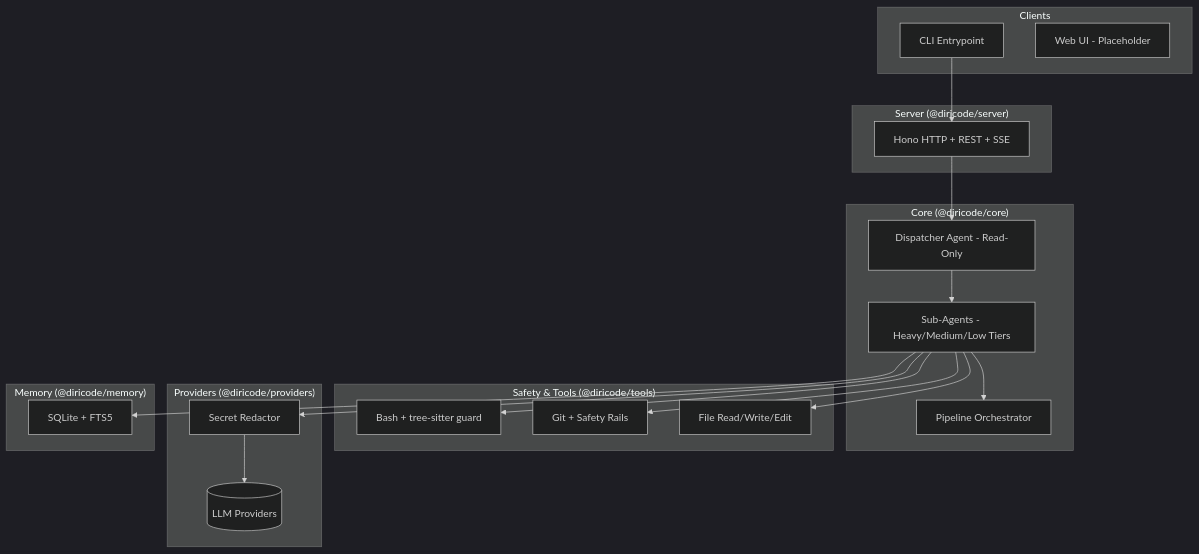
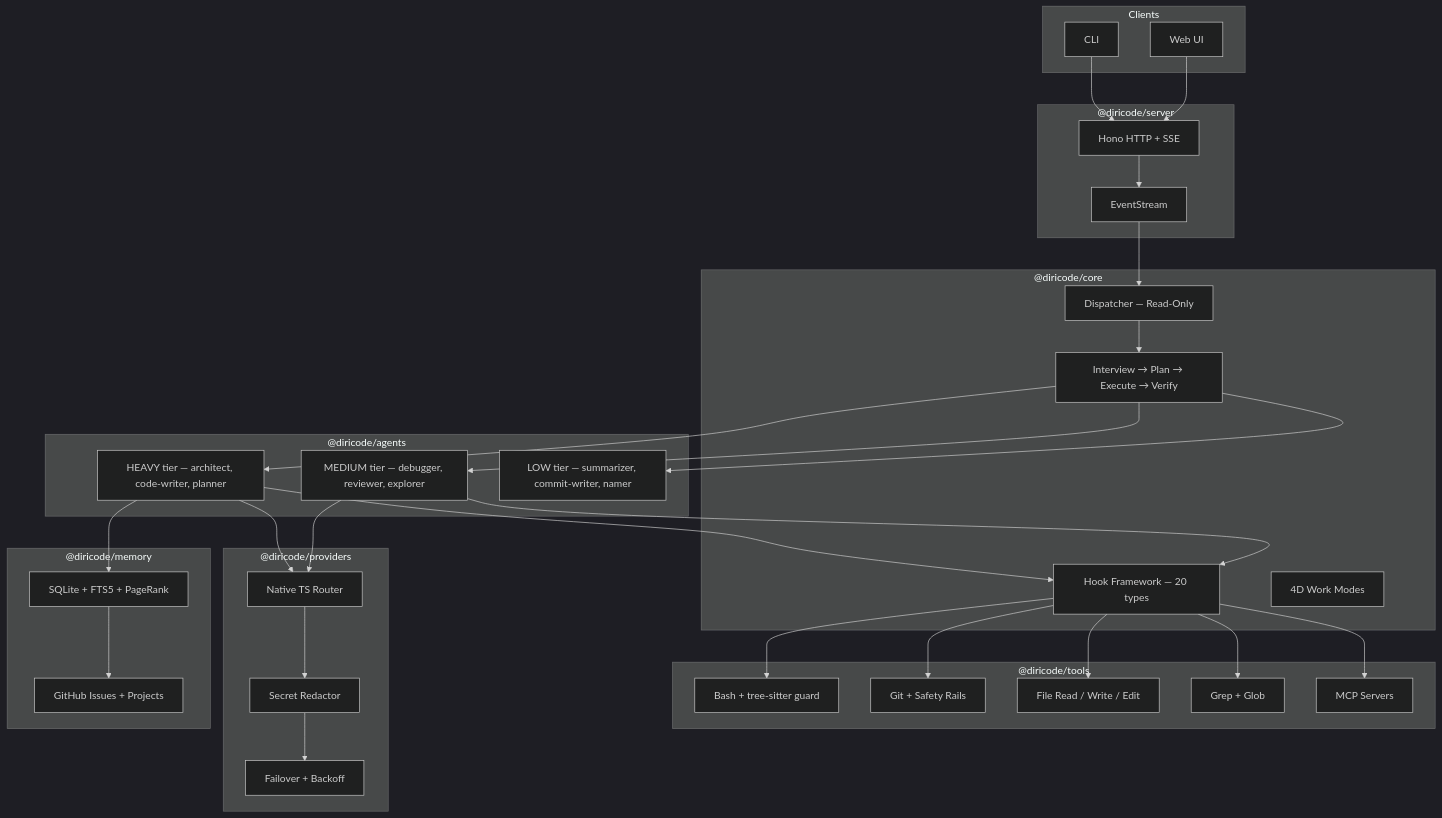
Before and after one commit to radoxtech/diricode: the diagram in README.md, drawn with Mermaid (dark theme). The commit also changed other lines of this file, not shown here.

Commit message:
docs: rewrite README with full architecture, GitHub Projects backend, 4D work modes, safety, hooks, and ADR links

````diff
--- a/README.md
+++ b/README.md
@@ -25,43 +24,66 @@
 ```mermaid
 graph TD
     subgraph "Clients"
-        CLI[CLI Entrypoint]
-        Web[Web UI - Placeholder]
+        CLI[CLI]
+        Web[Web UI]
     end
 
-    subgraph "Server (@diricode/server)"
-        Hono[Hono HTTP + REST + SSE]
+    subgraph "@diricode/server"
+        Hono[Hono HTTP + SSE]
+        Events[EventStream]
     end
 
-    subgraph "Core (@diricode/core)"
-        Dispatcher[Dispatcher Agent - Read-Only]
-        SubAgents[Sub-Agents - Heavy/Medium/Low Tiers]
-        Pipeline[Pipeline Orchestrator]
+    subgraph "@diricode/core"
+        Dispatcher[Dispatcher — Read-Only]
+        Pipeline[Interview → Plan → Execute → Verify]
+        Hooks[Hook Framework — 20 types]
+        WorkMode[4D Work Modes]
     end
 
-    subgraph "Safety & Tools (@diricode/tools)"
-        BashSafe[Bash + tree-sitter guard]
-        GitSafe[Git + Safety Rails]
-        FileOps[File Read/Write/Edit]
+    subgraph "@diricode/agents"
+        Heavy[HEAVY tier — architect, code-writer, planner]
+        Medium[MEDIUM tier — debugger, reviewer, explorer]
+        Low[LOW tier — summarizer, commit-writer, namer]
     end
 
-    subgraph "Providers (@diricode/providers)"
-        Redactor[Secret Redactor]
-        LLMs[(LLM Providers)]
+    subgraph "@diricode/tools"
+        Bash[Bash + tree-sitter guard]
+        Git[Git + Safety Rails]
+        Files[File Read / Write / Edit]
+        Search[Grep + Glob]
+        MCP[MCP Servers]
     end
 
-    subgraph "Memory (@diricode/memory)"
-        SQLite[SQLite + FTS5]
+    subgraph "@diricode/providers"
+        Router[Native TS Router]
+        Redactor[Secret Redactor]
+        Failover[Failover + Backoff]
+    end
+
+    subgraph "@diricode/memory"
+        GH[GitHub Issues + Projects]
+        SQLite[SQLite + FTS5 + PageRank]
     end
 
     CLI --> Hono
-    Hono --> Dispatcher
-    Dispatcher --> SubAgents
-    SubAgents --> Pipeline
-    SubAgents --> BashSafe
-    SubAgents --> GitSafe
-    SubAgents --> FileOps
-    SubAgents --> SQLite
-    SubAgents --> Redactor
-    Redactor --> LLMs
+    Web --> Hono
+    Hono --> Events
+    Events --> Dispatcher
+    Dispatcher --> Pipeline
+    Pipeline --> Heavy
+    Pipeline --> Medium
+    Pipeline --> Low
+    Heavy --> Hooks
+    Medium --> Hooks
+    Hooks --> Bash
+    Hooks --> Git
+    Hooks --> Files
+    Hooks --> Search
+    Hooks --> MCP
+    Heavy --> Router
+    Medium --> Router
+    Router --> Redactor
+    Redactor --> Failover
+    Heavy --> SQLite
+    SQLite --> GH
 ```
````
